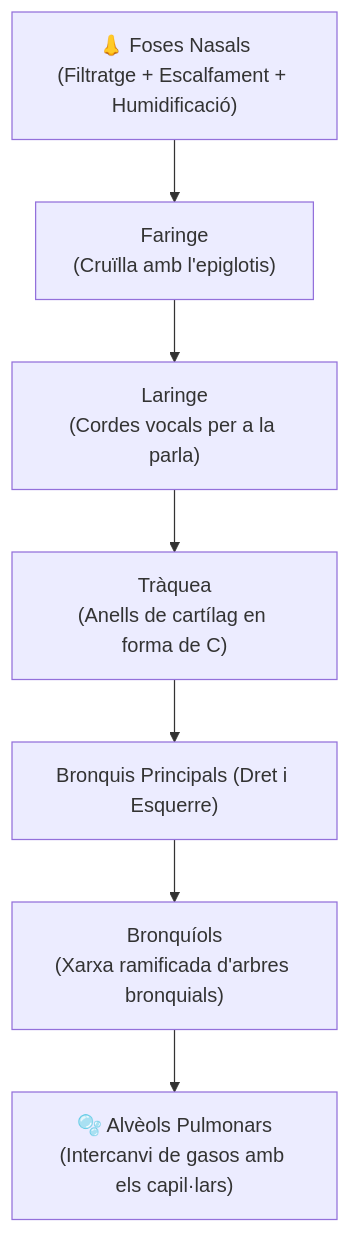
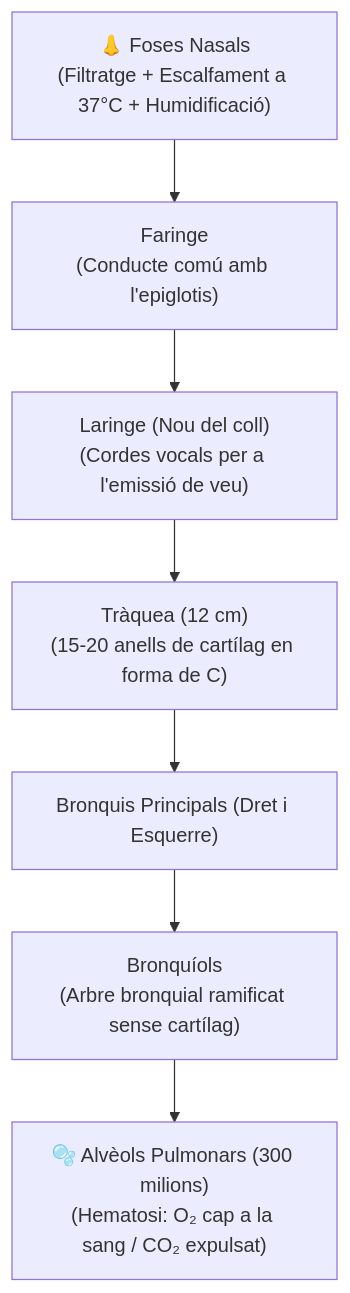
One commit to socderafel/socderafel.github.io changed the first of 2 diagrams in biblioteca-cicles/01_FP_Basica/1fpb-ciencies-aplicades/ut02/ut0205.md. Above: the diagram before and after it, drawn with Mermaid. The commit also changed other lines of this file and 8 other files, not shown here.

````diff
--- a/biblioteca-cicles/01_FP_Basica/1fpb-ciencies-aplicades/ut02/ut0205.md
+++ b/biblioteca-cicles/01_FP_Basica/1fpb-ciencies-aplicades/ut02/ut0205.md
@@ -34,15 +44,15 @@
 ```mermaid
 flowchart TD
   FN["👃 Foses Nasals
-(Filtratge + Escalfament + Humidificació)"] --> FA["Faringe
-(Cruïlla amb l'epiglotis)"]
-  FA --> LA["Laringe
-(Cordes vocals per a la parla)"]
-  LA --> TR["Tràquea
-(Anells de cartílag en forma de C)"]
+(Filtratge + Escalfament a 37°C + Humidificació)"] --> FA["Faringe
+(Conducte comú amb l'epiglotis)"]
+  FA --> LA["Laringe (Nou del coll)
+(Cordes vocals per a l'emissió de veu)"]
+  LA --> TR["Tràquea (12 cm)
+(15-20 anells de cartílag en forma de C)"]
   TR --> BR["Bronquis Principals (Dret i Esquerre)"]
   BR --> BQ["Bronquíols
-(Xarxa ramificada d'arbres bronquials)"]
-  BQ --> AL["🫧 Alvèols Pulmonars
-(Intercanvi de gasos amb els capil·lars)"]
+(Arbre bronquial ramificat sense cartílag)"]
+  BQ --> AL["🫧 Alvèols Pulmonars (300 milions)
+(Hematosi: O₂ cap a la sang / CO₂ expulsat)"]
 ```
````
